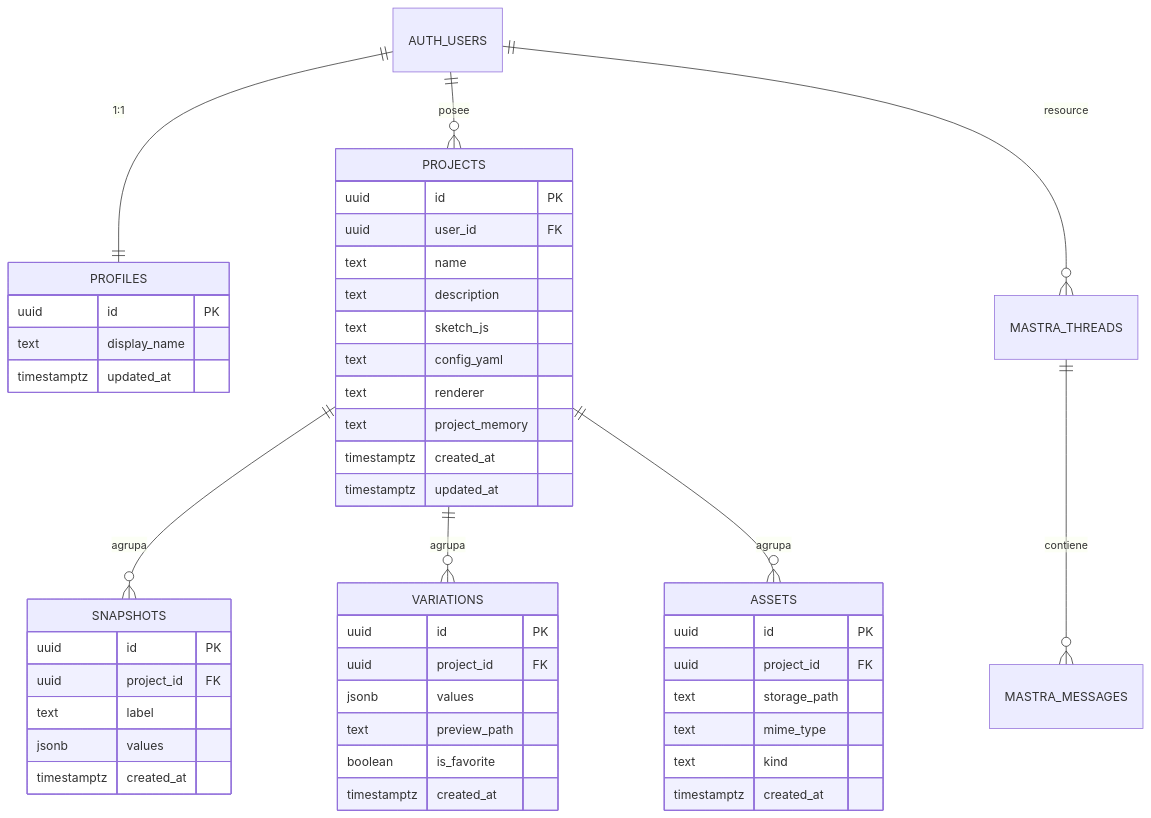
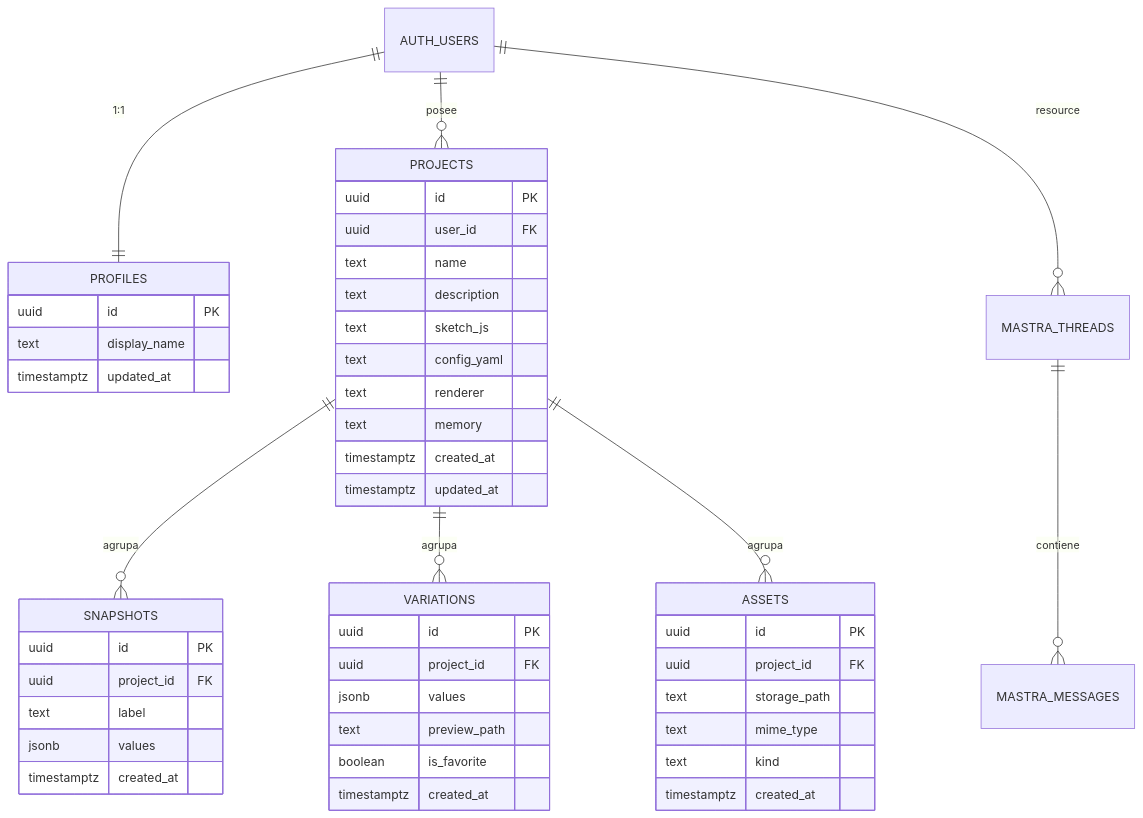
One commit to JavierVLAB/creative-code-ai changed the second of 2 diagrams in readme.md. Above: the diagram before and after it, drawn with Mermaid. The commit also changed other lines of this file and 25 other files, not shown here.

````diff
--- a/readme.md
+++ b/readme.md
@@ -202,51 +202,51 @@
 ```mermaid
 erDiagram
     AUTH_USERS ||--|| PROFILES : "1:1"
     AUTH_USERS ||--o{ PROJECTS : "posee"
     PROJECTS ||--o{ SNAPSHOTS : "agrupa"
     PROJECTS ||--o{ VARIATIONS : "agrupa"
     PROJECTS ||--o{ ASSETS : "agrupa"
     AUTH_USERS ||--o{ MASTRA_THREADS : "resource"
     MASTRA_THREADS ||--o{ MASTRA_MESSAGES : "contiene"
 
     PROFILES {
         uuid id PK
         text display_name
         timestamptz updated_at
     }
     PROJECTS {
         uuid id PK
         uuid user_id FK
         text name
         text description
         text sketch_js
         text config_yaml
         text renderer
-        text project_memory
+        text memory
         timestamptz created_at
         timestamptz updated_at
     }
     SNAPSHOTS {
         uuid id PK
         uuid project_id FK
         text label
         jsonb values
         timestamptz created_at
     }
     VARIATIONS {
         uuid id PK
         uuid project_id FK
         jsonb values
         text preview_path
         boolean is_favorite
         timestamptz created_at
     }
     ASSETS {
         uuid id PK
         uuid project_id FK
         text storage_path
         text mime_type
         text kind
         timestamptz created_at
     }
 ```
````
